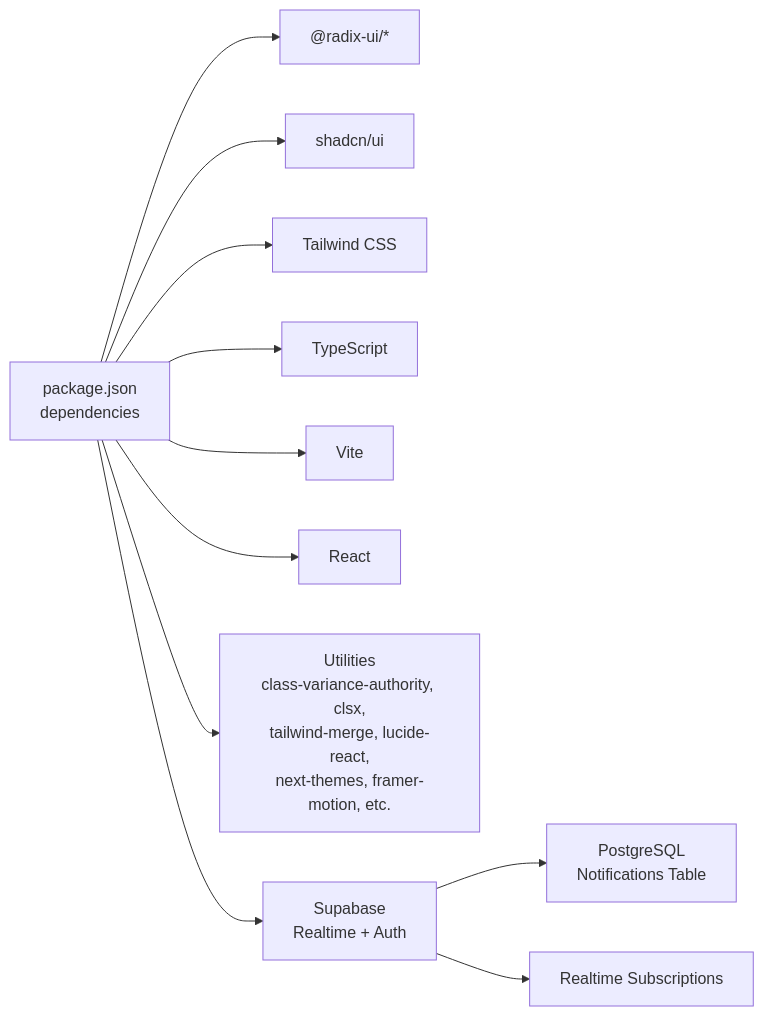
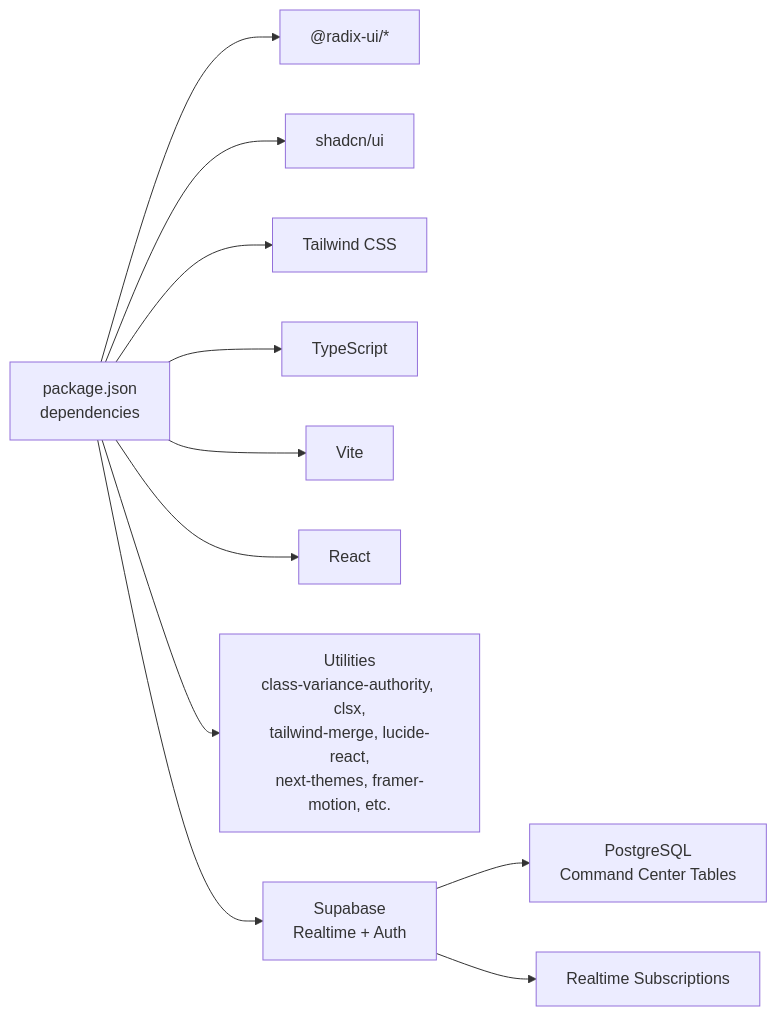
The third of 3 diagrams in .qoder/repowiki/en/content/UI Components & Design System.md (Hawky1/ryland), drawn with Mermaid before and after one commit. The commit also changed other lines of this file and 88 other files, not shown here.

Commit message:
refactor: remove Command Center MVP, add security fixes & admin metadata migrations

````diff
--- a/.qoder/repowiki/en/content/UI Components & Design System.md
+++ b/.qoder/repowiki/en/content/UI Components & Design System.md
@@ -479,13 +804,13 @@
 ```mermaid
 graph LR
 P["package.json<br/>dependencies"] --> RUI["@radix-ui/*"]
 P --> SHAD["shadcn/ui"]
 P --> TW["Tailwind CSS"]
 P --> TS["TypeScript"]
 P --> VITE["Vite"]
 P --> REACT["React"]
 P --> UTILS["Utilities<br/>class-variance-authority, clsx,<br/>tailwind-merge, lucide-react,<br/>next-themes, framer-motion, etc."]
 P --> SUPA["Supabase<br/>Realtime + Auth"]
-SUPA --> DB["PostgreSQL<br/>Notifications Table"]
+SUPA --> DB["PostgreSQL<br/>Command Center Tables"]
 SUPA --> REALTIME["Realtime Subscriptions"]
 ```
````
